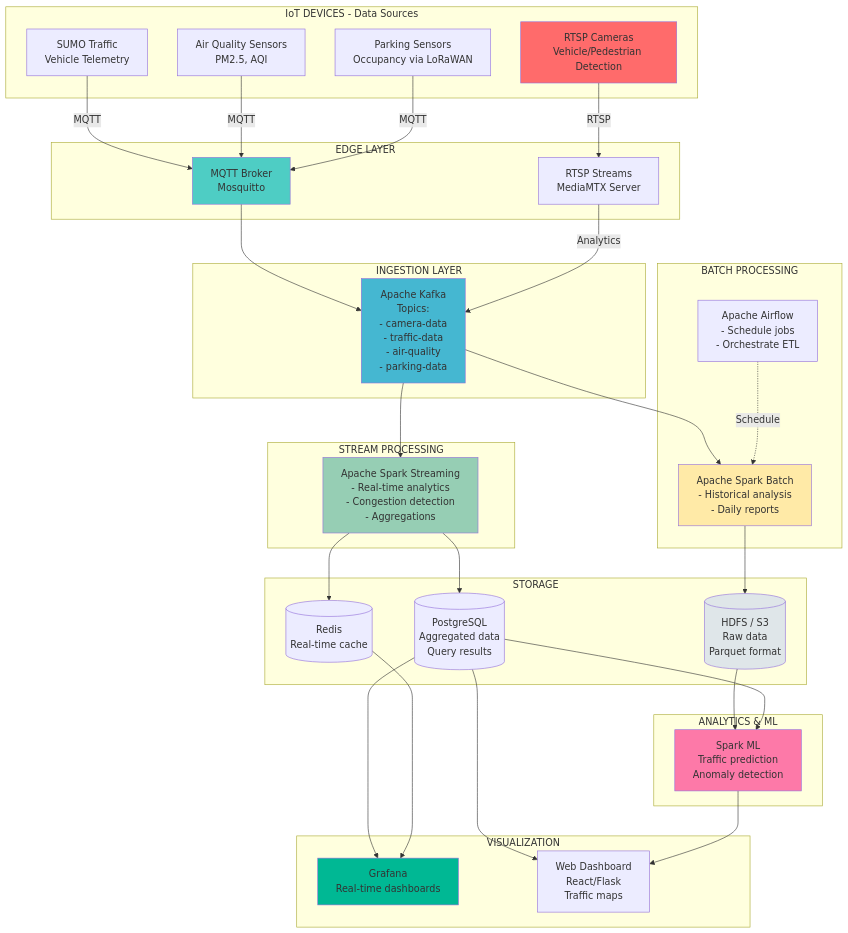
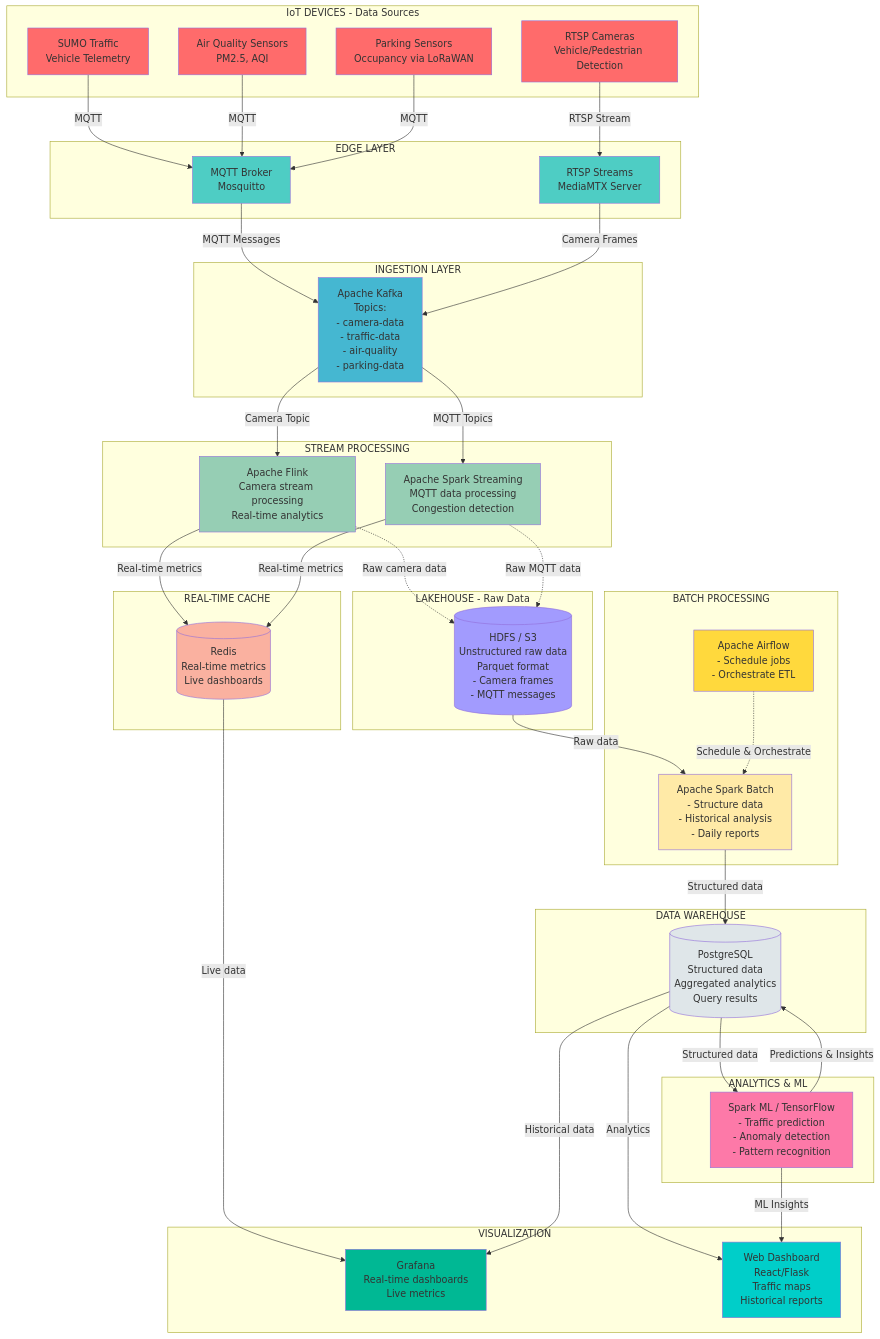
The first of 2 diagrams in README.md (taoudi-abdelbasset/smart-city-data-pipeline), drawn with Mermaid before and after one commit. The commit also changed other lines of this file and 14 other files, not shown here.

````diff
--- a/README.md
+++ b/README.md
@@ -9,71 +9,102 @@
         A3[Air Quality Sensors<br/>PM2.5, AQI]
         A4[Parking Sensors<br/>Occupancy via LoRaWAN]
     end
-
+    
     subgraph "EDGE LAYER"
         B1[MQTT Broker<br/>Mosquitto]
         B2[RTSP Streams<br/>MediaMTX Server]
     end
-
+    
     subgraph "INGESTION LAYER"
         C1[Apache Kafka<br/>Topics:<br/>- camera-data<br/>- traffic-data<br/>- air-quality<br/>- parking-data]
     end
-
+    
     subgraph "STREAM PROCESSING"
-        D1[Apache Spark Streaming<br/>- Real-time analytics<br/>- Congestion detection<br/>- Aggregations]
+        D1[Apache Flink<br/>Camera stream processing<br/>Real-time analytics]
+        D2[Apache Spark Streaming<br/>MQTT data processing<br/>Congestion detection]
     end
-
+    
+    subgraph "LAKEHOUSE - Raw Data"
+        F1[(HDFS / S3<br/>Unstructured raw data<br/>Parquet format<br/>- Camera frames<br/>- MQTT messages)]
+    end
+    
     subgraph "BATCH PROCESSING"
-        E1[Apache Spark Batch<br/>- Historical analysis<br/>- Daily reports]
+        E1[Apache Spark Batch<br/>- Structure data<br/>- Historical analysis<br/>- Daily reports]
         E2[Apache Airflow<br/>- Schedule jobs<br/>- Orchestrate ETL]
     end
-
-    subgraph "STORAGE"
-        F1[(HDFS / S3<br/>Raw data<br/>Parquet format)]
-        F2[(PostgreSQL<br/>Aggregated data<br/>Query results)]
-        F3[(Redis<br/>Real-time cache)]
+    
+    subgraph "DATA WAREHOUSE"
+        F2[(PostgreSQL<br/>Structured data<br/>Aggregated analytics<br/>Query results)]
     end
-
+    
+    subgraph "REAL-TIME CACHE"
+        F3[(Redis<br/>Real-time metrics<br/>Live dashboards)]
+    end
+    
     subgraph "ANALYTICS & ML"
-        H1[Spark ML<br/>Traffic prediction<br/>Anomaly detection]
+        H1[Spark ML / TensorFlow<br/>- Traffic prediction<br/>- Anomaly detection<br/>- Pattern recognition]
     end
-
+    
     subgraph "VISUALIZATION"
-        J1[Grafana<br/>Real-time dashboards]
-        J2[Web Dashboard<br/>React/Flask<br/>Traffic maps]
+        J1[Grafana<br/>Real-time dashboards<br/>Live metrics]
+        J2[Web Dashboard<br/>React/Flask<br/>Traffic maps<br/>Historical reports]
     end
-
-    %% Data Flow
-    A1 -->|RTSP| B2
+    
+    %% Data Flow - Ingestion
+    A1 -->|RTSP Stream| B2
     A2 -->|MQTT| B1
     A3 -->|MQTT| B1
     A4 -->|MQTT| B1
-
-    B1 --> C1
-    B2 -->|Analytics| C1
-
-    C1 --> D1
-    C1 --> E1
-
-    D1 --> F2
-    D1 --> F3
-    E1 --> F1
-    E2 -.->|Schedule| E1
-
-    F1 --> H1
-    F2 --> H1
     
-    F2 --> J1
-    F3 --> J1
-    F2 --> J2
-    H1 --> J2
-
+    %% Edge to Kafka
+    B1 -->|MQTT Messages| C1
+    B2 -->|Camera Frames| C1
+    
+    %% Stream Processing
+    C1 -->|Camera Topic| D1
+    C1 -->|MQTT Topics| D2
+    
+    %% Stream to Lakehouse (Unstructured)
+    D1 -.->|Raw camera data| F1
+    D2 -.->|Raw MQTT data| F1
+    
+    %% Stream to Cache
+    D1 -->|Real-time metrics| F3
+    D2 -->|Real-time metrics| F3
+    
+    %% Batch Processing
+    F1 -->|Raw data| E1
+    E2 -.->|Schedule & Orchestrate| E1
+    
+    %% Batch to Data Warehouse (Structured)
+    E1 -->|Structured data| F2
+    
+    %% Analytics & ML
+    F2 -->|Structured data| H1
+    H1 -->|Predictions & Insights| F2
+    
+    %% Visualization
+    F3 -->|Live data| J1
+    F2 -->|Historical data| J1
+    F2 -->|Analytics| J2
+    H1 -->|ML Insights| J2
+    
+    %% Styling
     style A1 fill:#ff6b6b
+    style A2 fill:#ff6b6b
+    style A3 fill:#ff6b6b
+    style A4 fill:#ff6b6b
     style B1 fill:#4ecdc4
+    style B2 fill:#4ecdc4
     style C1 fill:#45b7d1
     style D1 fill:#96ceb4
+    style D2 fill:#96ceb4
     style E1 fill:#ffeaa7
-    style F1 fill:#dfe6e9
+    style E2 fill:#ffd93d
+    style F1 fill:#a29bfe
+    style F2 fill:#dfe6e9
+    style F3 fill:#fab1a0
     style H1 fill:#fd79a8
     style J1 fill:#00b894
+    style J2 fill:#00cec9
 ```
````
